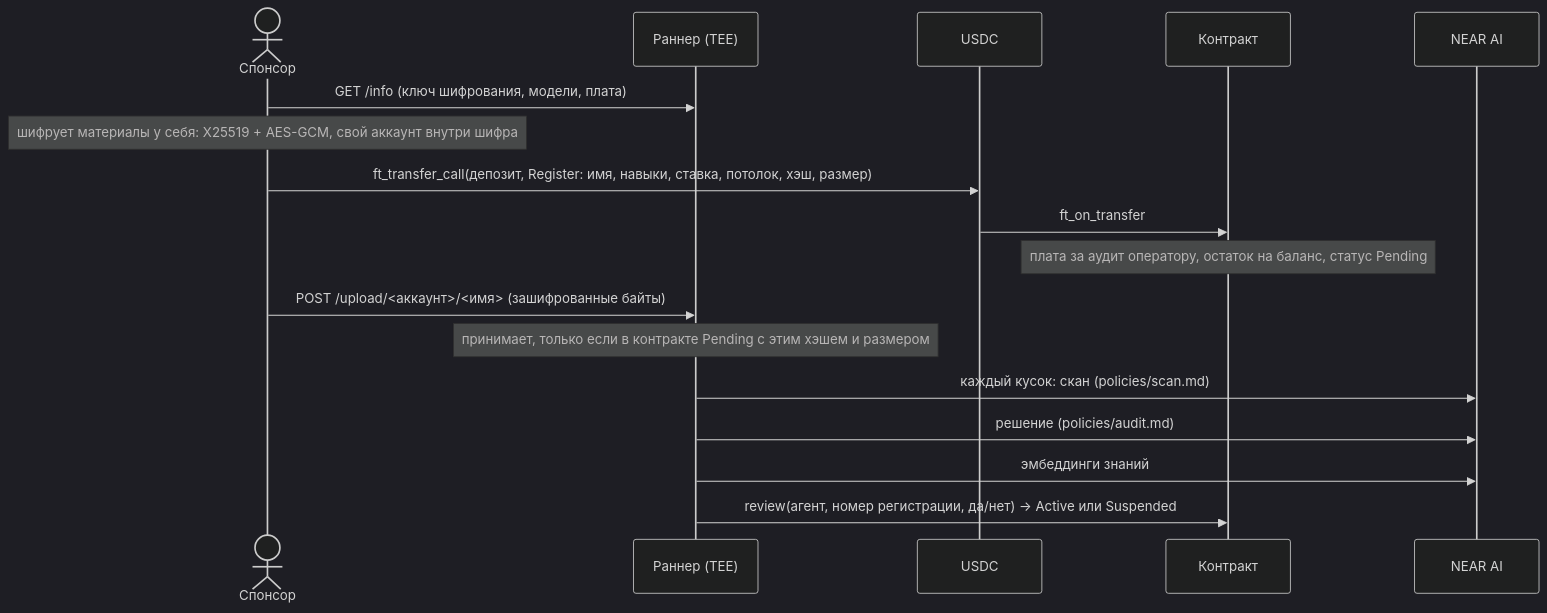
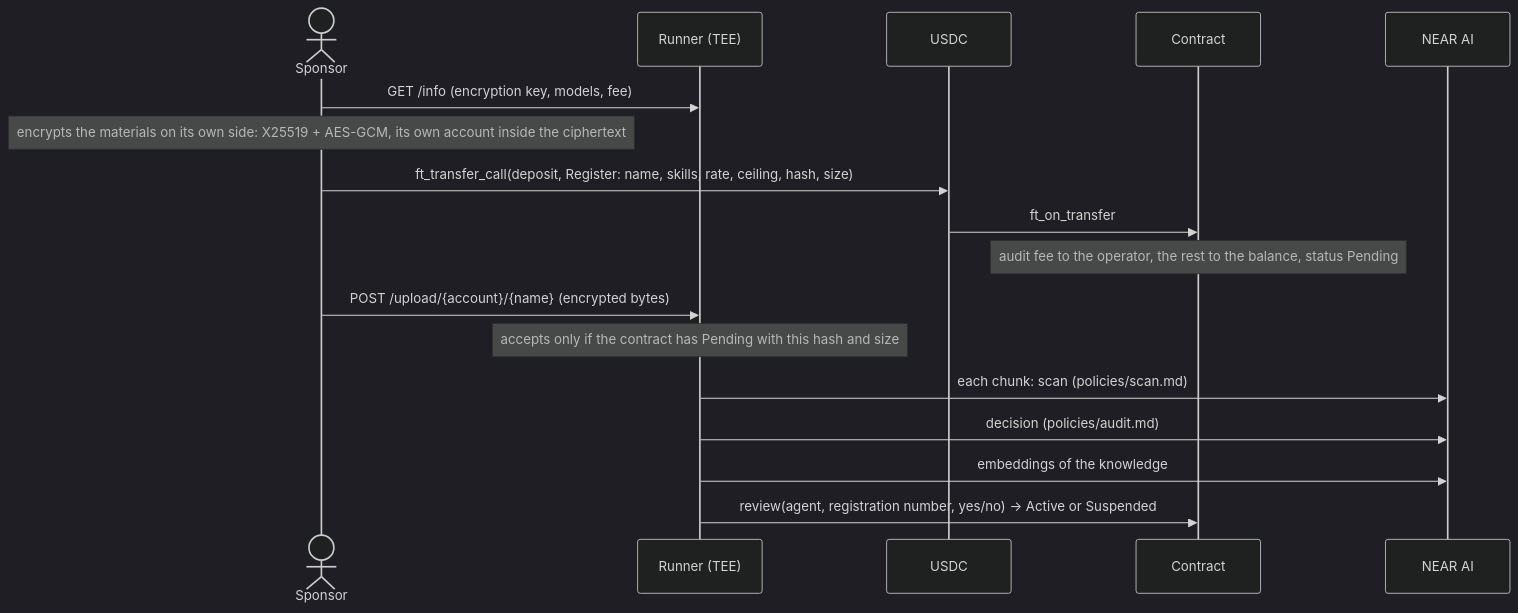
The first of 2 diagrams in docs/PROTOCOL.md (Sunnesoft/hive), drawn with Mermaid (dark theme) before and after one commit. The commit also changed other lines of this file and 3 other files, not shown here.

````diff
--- a/docs/PROTOCOL.md
+++ b/docs/PROTOCOL.md
@@ -76,19 +79,19 @@
 ```mermaid
 sequenceDiagram
-  actor S as Спонсор
-  participant R as Раннер (TEE)
+  actor S as Sponsor
+  participant R as Runner (TEE)
   participant T as USDC
-  participant C as Контракт
+  participant C as Contract
   participant M as NEAR AI
-  S->>R: GET /info (ключ шифрования, модели, плата)
-  Note over S: шифрует материалы у себя: X25519 + AES-GCM, свой аккаунт внутри шифра
-  S->>T: ft_transfer_call(депозит, Register: имя, навыки, ставка, потолок, хэш, размер)
+  S->>R: GET /info (encryption key, models, fee)
+  Note over S: encrypts the materials on its own side: X25519 + AES-GCM, its own account inside the ciphertext
+  S->>T: ft_transfer_call(deposit, Register: name, skills, rate, ceiling, hash, size)
   T->>C: ft_on_transfer
-  Note over C: плата за аудит оператору, остаток на баланс, статус Pending
-  S->>R: POST /upload/<аккаунт>/<имя> (зашифрованные байты)
-  Note over R: принимает, только если в контракте Pending с этим хэшем и размером
-  R->>M: каждый кусок: скан (policies/scan.md)
-  R->>M: решение (policies/audit.md)
-  R->>M: эмбеддинги знаний
-  R->>C: review(агент, номер регистрации, да/нет) → Active или Suspended
+  Note over C: audit fee to the operator, the rest to the balance, status Pending
+  S->>R: POST /upload/{account}/{name} (encrypted bytes)
+  Note over R: accepts only if the contract has Pending with this hash and size
+  R->>M: each chunk: scan (policies/scan.md)
+  R->>M: decision (policies/audit.md)
+  R->>M: embeddings of the knowledge
+  R->>C: review(agent, registration number, yes/no) → Active or Suspended
 ```
````
